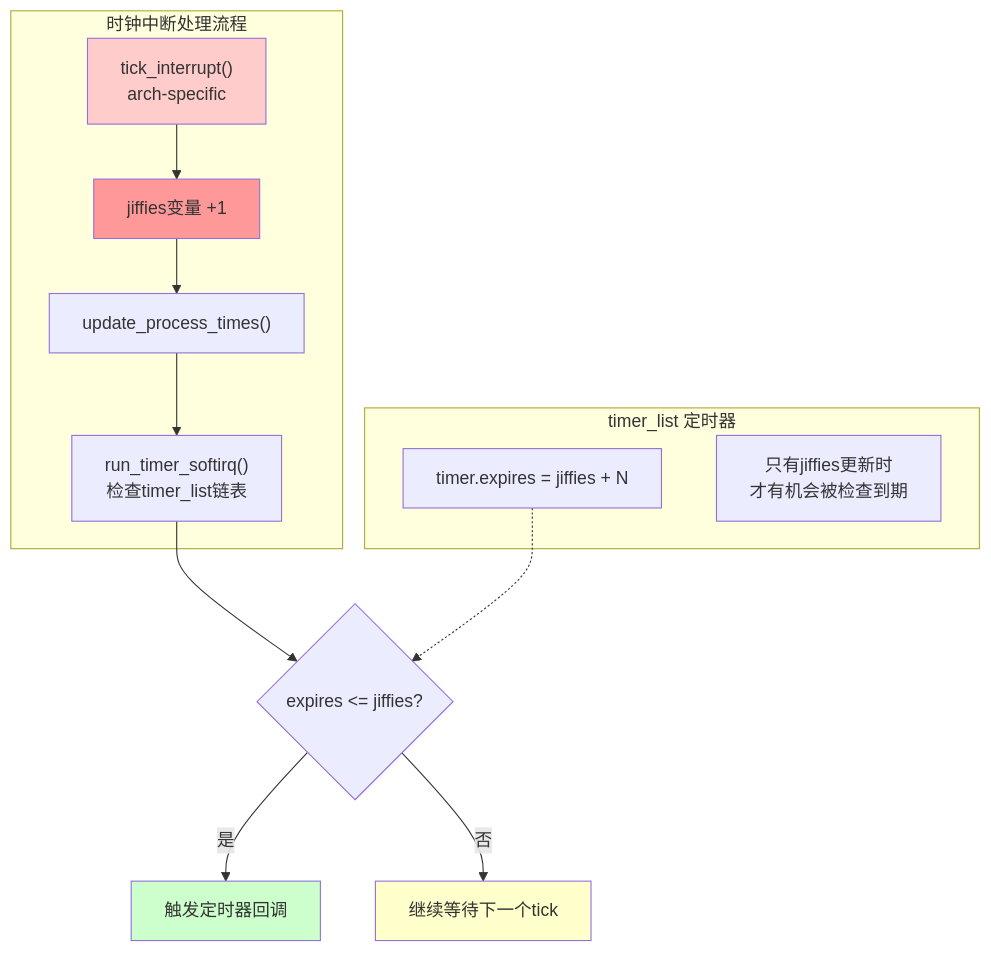
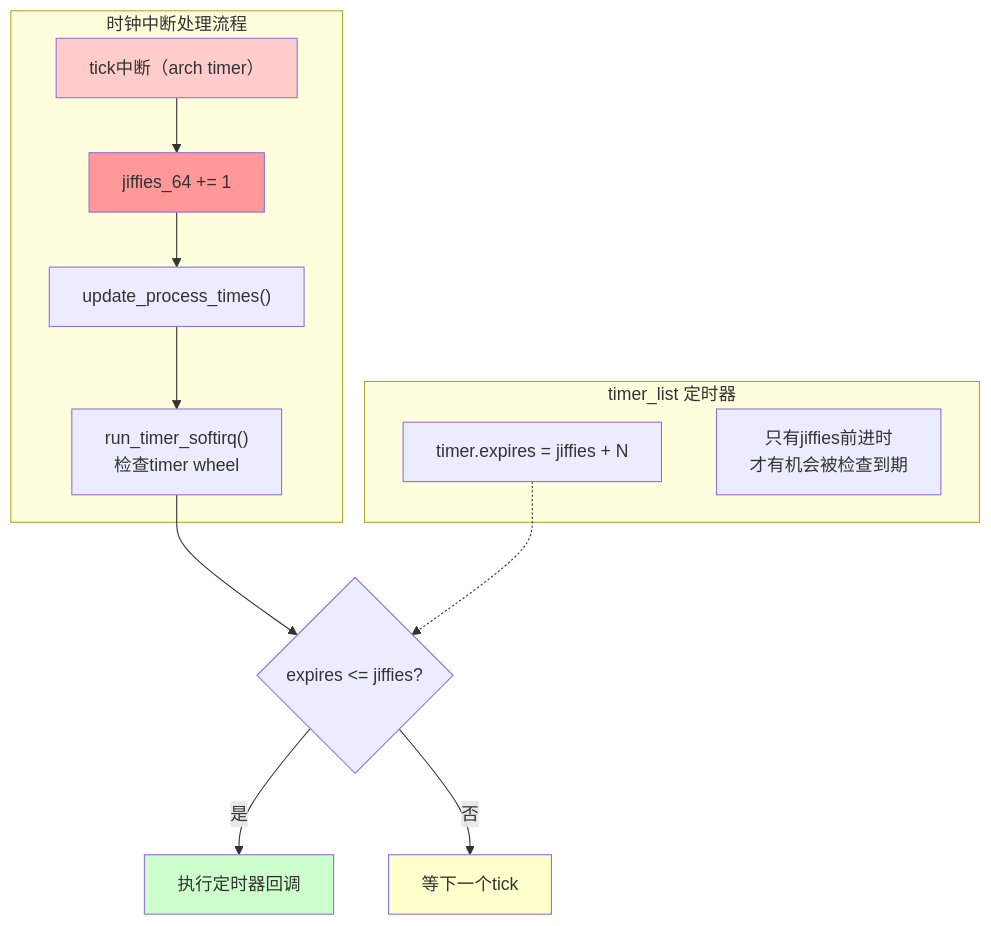
The diagram in docs/02-核心机制深度解析/第10章 中断与时间/10.5.1_传统定时器精度问题.md (xiaohong0925/Embedded_Knowledge_System_V2026), drawn with Mermaid before and after one commit. The commit also changed other lines of this file and 65 other files, not shown here.

````diff
--- a/docs/02-核心机制深度解析/第10章 中断与时间/10.5.1_传统定时器精度问题.md
+++ b/docs/02-核心机制深度解析/第10章 中断与时间/10.5.1_传统定时器精度问题.md
@@ -106,24 +92,24 @@
 ```mermaid
 graph TD
     subgraph "时钟中断处理流程"
-        A["tick_interrupt()<br/>arch-specific"] --> B["jiffies变量 +1"]
+        A["tick中断（arch timer）"] --> B["jiffies_64 += 1"]
         B --> C["update_process_times()"]
-        C --> D["run_timer_softirq()<br/>检查timer_list链表"]
+        C --> D["run_timer_softirq()<br/>检查timer wheel"]
     end
 
     subgraph "timer_list 定时器"
         E["timer.expires = jiffies + N"]
-        F["只有jiffies更新时<br/>才有机会被检查到期"]
+        F["只有jiffies前进时<br/>才有机会被检查到期"]
     end
 
     D --> G{"expires <= jiffies?"}
-    G -->|是| H["触发定时器回调"]
-    G -->|否| I["继续等待下一个tick"]
+    G -->|是| H["执行定时器回调"]
+    G -->|否| I["等下一个tick"]
 
     E -.-> G
 
     style A fill:#ffcccc
     style B fill:#ff9999
     style H fill:#ccffcc
     style I fill:#ffffcc
 ```
````
